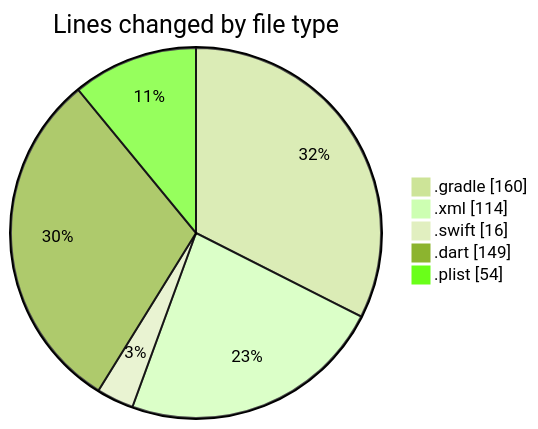
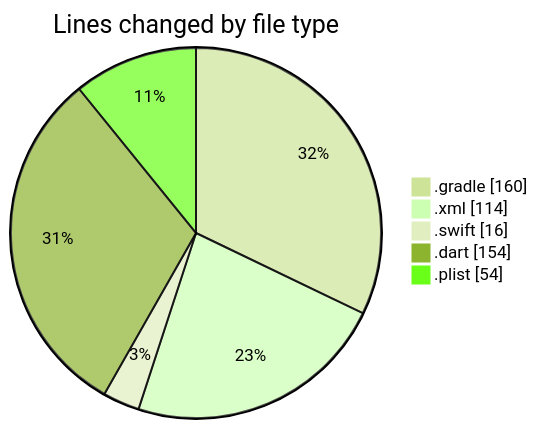
Before and after one commit to donsfak/code-tracking: the first of 2 diagrams in 2025-01-01/uber_clone/README.md, drawn with Mermaid (forest theme). The commit also changed other lines of this file and 1 other file, not shown here.

````diff
--- a/2025-01-01/uber_clone/README.md
+++ b/2025-01-01/uber_clone/README.md
@@ -27,9 +27,9 @@
 ```mermaid
 pie showData
 title Lines changed by file type
 ".gradle" : 160
 ".xml" : 114
 ".swift" : 16
-".dart" : 149
+".dart" : 154
 ".plist" : 54
 ```
````
